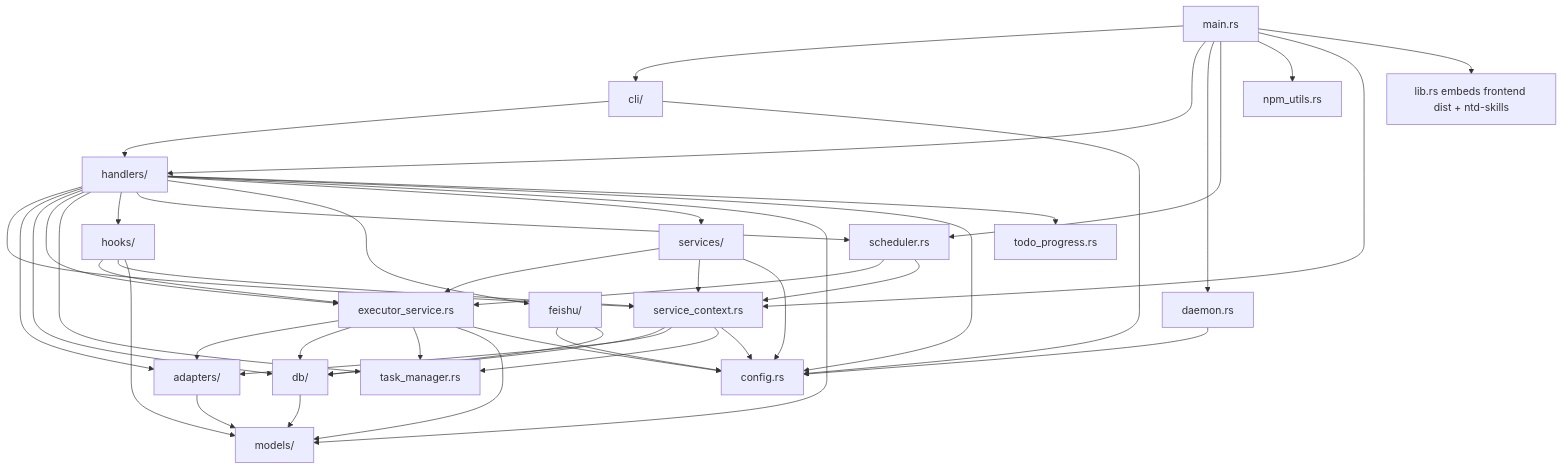
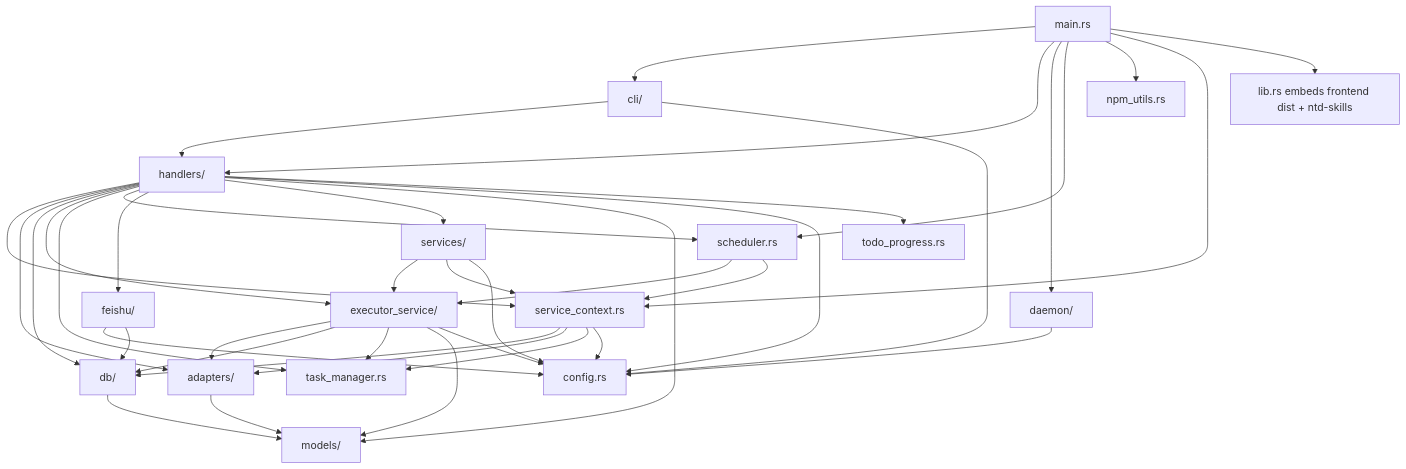
The first of 2 diagrams in backend/ARCHITECTURE.md (weibaohui/ntd), drawn with Mermaid before and after one commit. The commit also changed other lines of this file and 7 other files, not shown here.

````diff
--- a/backend/ARCHITECTURE.md
+++ b/backend/ARCHITECTURE.md
@@ -26,55 +26,50 @@
 ```mermaid
 flowchart TB
     main[main.rs] --> cli[cli/]
     main --> handlers[handlers/]
-    main --> daemon[daemon.rs]
+    main --> daemon[daemon/]
     main --> scheduler[scheduler.rs]
     main --> npm_utils[npm_utils.rs]
     main --> service_context[service_context.rs]
     main --> lib[lib.rs embeds frontend dist + ntd-skills]
 
     handlers --> service_context
     handlers --> adapters[adapters/]
     handlers --> db[db/]
-    handlers --> executor_service[executor_service.rs]
+    handlers --> executor_service[executor_service/]
     handlers --> task_manager[task_manager.rs]
-    handlers --> hooks[hooks/]
     handlers --> scheduler
     handlers --> feishu[feishu/]
     handlers --> services[services/]
     handlers --> models[models/]
     handlers --> config[config.rs]
     handlers --> todo_progress[todo_progress.rs]
 
     executor_service --> adapters
     executor_service --> db
     executor_service --> task_manager
     executor_service --> models
     executor_service --> config
 
     scheduler --> executor_service
     scheduler --> service_context
 
     services --> executor_service
     services --> service_context
     services --> config
 
-    hooks --> executor_service
-    hooks --> service_context
-    hooks --> models
-
     adapters --> models
     db --> models
 
     feishu --> config
     feishu --> db
 
     daemon --> config
     cli --> handlers
     cli --> config
 
     service_context --> db
     service_context --> adapters
     service_context --> task_manager
     service_context --> config
 ```
````
